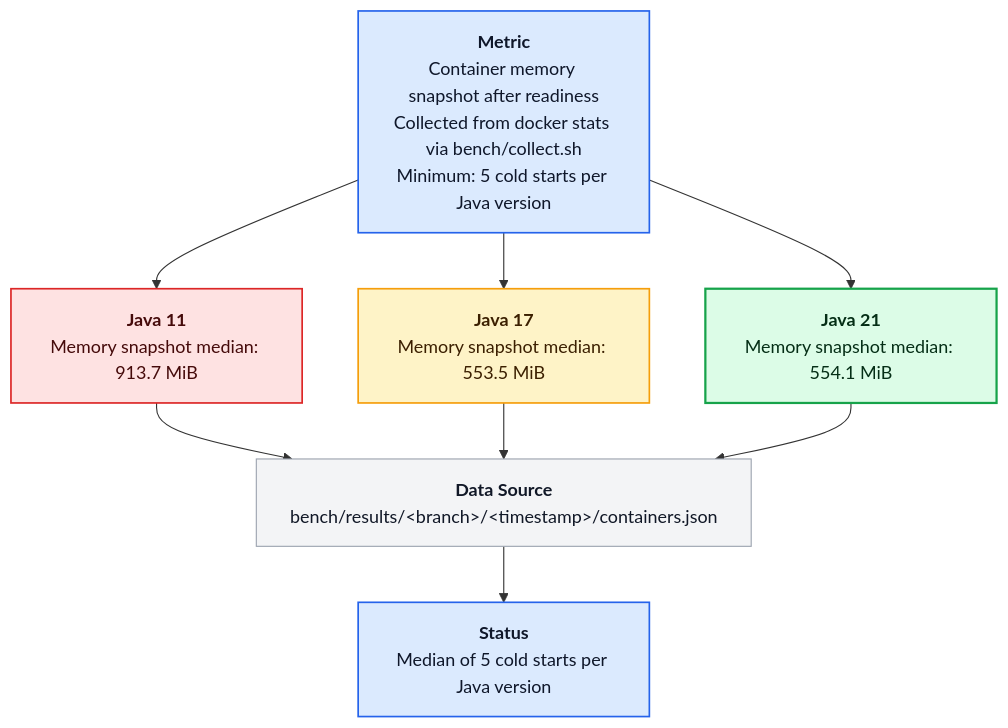
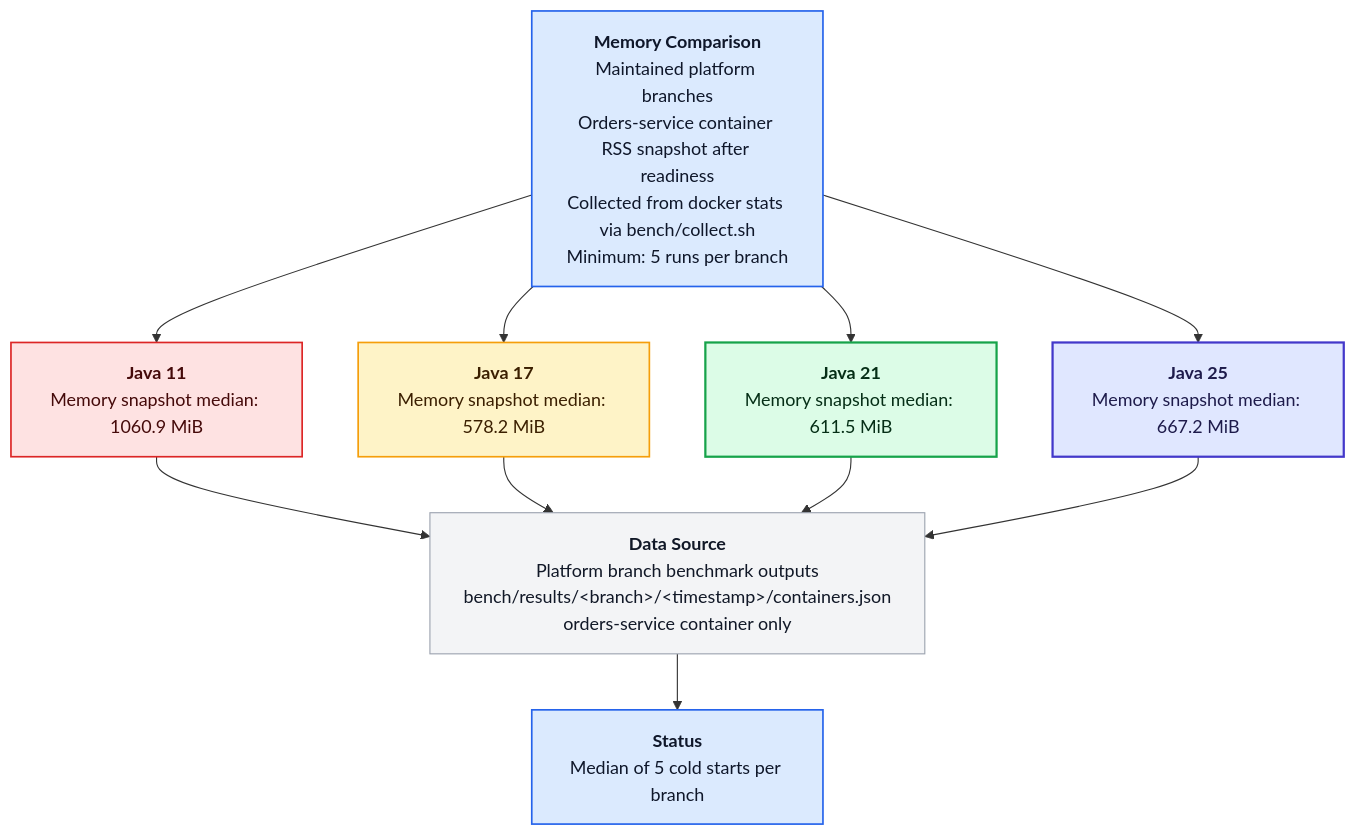
Before and after one commit to SaschaMoellering/acmecorp-platform: the diagram in docs/episodes/episode-07/assets/diagrams/E07-D02-memory-footprint-comparison.md, drawn with Mermaid. The commit also changed 237 other files, not shown here.

````diff
--- a/docs/episodes/episode-07/assets/diagrams/E07-D02-memory-footprint-comparison.md
+++ b/docs/episodes/episode-07/assets/diagrams/E07-D02-memory-footprint-comparison.md
@@ -1,27 +1,31 @@
 ```mermaid
 flowchart TB
 
 %% === AcmeCorp Diagram Style Standard ===
 classDef java11 fill:#FEE2E2,stroke:#DC2626,stroke-width:1.5px,color:#450A0A;
 classDef java17 fill:#FEF3C7,stroke:#F59E0B,stroke-width:1.5px,color:#3B1F00;
 classDef java21 fill:#DCFCE7,stroke:#16A34A,stroke-width:2px,color:#052E16;
+classDef java25 fill:#E0E7FF,stroke:#4338CA,stroke-width:2px,color:#1E1B4B;
 classDef metric fill:#DBEAFE,stroke:#2563EB,stroke-width:1.5px,color:#0F172A;
 classDef component fill:#F3F4F6,stroke:#9CA3AF,stroke-width:1px,color:#111827;
 
-Method["<b>Metric</b><br/>Container memory snapshot after readiness<br/>Collected from docker stats via bench/collect.sh<br/>Minimum: 5 cold starts per Java version"]:::metric
+Method["<b>Memory Comparison</b><br/>Maintained platform branches<br/>Orders-service container RSS snapshot after readiness<br/>Collected from docker stats via bench/collect.sh<br/>Minimum: 5 runs per branch"]:::metric
 
-J11["<b>Java 11</b><br/>Memory snapshot median: 913.7 MiB"]:::java11
-J17["<b>Java 17</b><br/>Memory snapshot median: 553.5 MiB"]:::java17
-J21["<b>Java 21</b><br/>Memory snapshot median: 554.1 MiB"]:::java21
+J11["<b>Java 11</b><br/>Memory snapshot median: 1060.9 MiB"]:::java11
+J17["<b>Java 17</b><br/>Memory snapshot median: 578.2 MiB"]:::java17
+J21["<b>Java 21</b><br/>Memory snapshot median: 611.5 MiB"]:::java21
+J25["<b>Java 25</b><br/>Memory snapshot median: 667.2 MiB"]:::java25
 
-Data["<b>Data Source</b><br/>bench/results/&lt;branch&gt;/&lt;timestamp&gt;/containers.json"]:::component
-Status["<b>Status</b><br/>Median of 5 cold starts per Java version"]:::metric
+Data["<b>Data Source</b><br/>Platform branch benchmark outputs<br/>bench/results/&lt;branch&gt;/&lt;timestamp&gt;/containers.json<br/>orders-service container only"]:::component
+Status["<b>Status</b><br/>Median of 5 cold starts per branch"]:::metric
 
 Method --> J11
 Method --> J17
 Method --> J21
+Method --> J25
 J11 --> Data
 J17 --> Data
 J21 --> Data
+J25 --> Data
 Data --> Status
 ```
````
